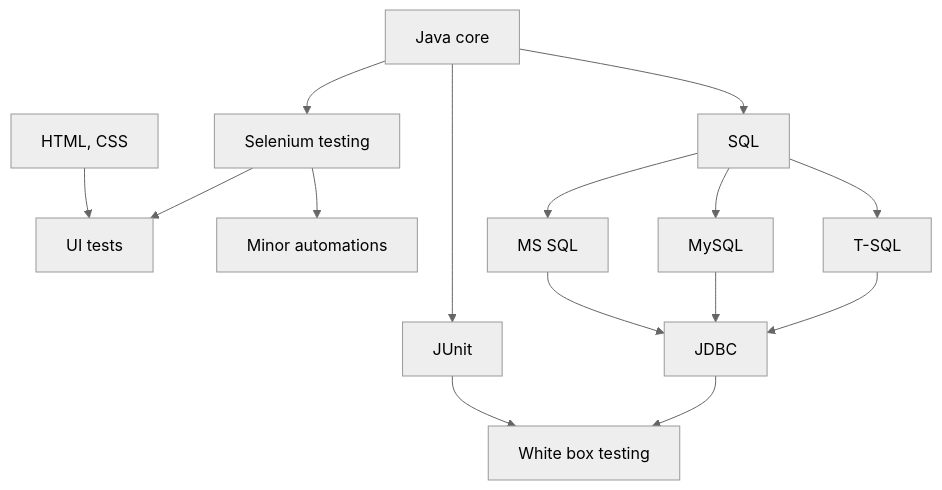
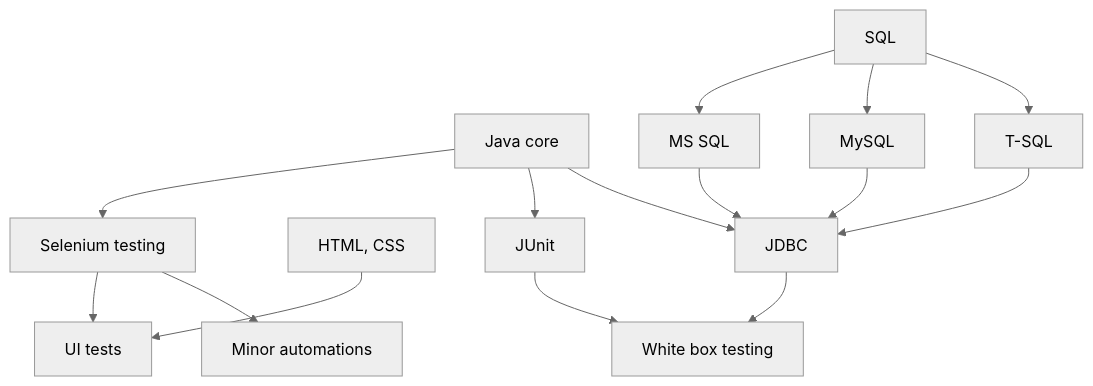
One commit to Eekain/Eekain changed the diagram in README.md. Above: the diagram before and after it, drawn with Mermaid (neutral theme).

````diff
--- a/README.md
+++ b/README.md
@@ -19,16 +19,16 @@
 ```mermaid
   graph TD;
       A[Java core] --> B[Selenium testing];
-      A --> C[SQL];
       D[HTML, CSS] --> E[UI tests];
       B --> E;
       B --> F[Minor automations];
-      C --> H[MS SQL];
+      C[SQL] --> H[MS SQL];
       C --> I[MySQL];
       C --> J[T-SQL];
       A --> L[JUnit] --> K[White box testing];
       H --> G[JDBC];
+      A --> G;
       I --> G;
       J --> G;
       G --> K;
 ```
````
